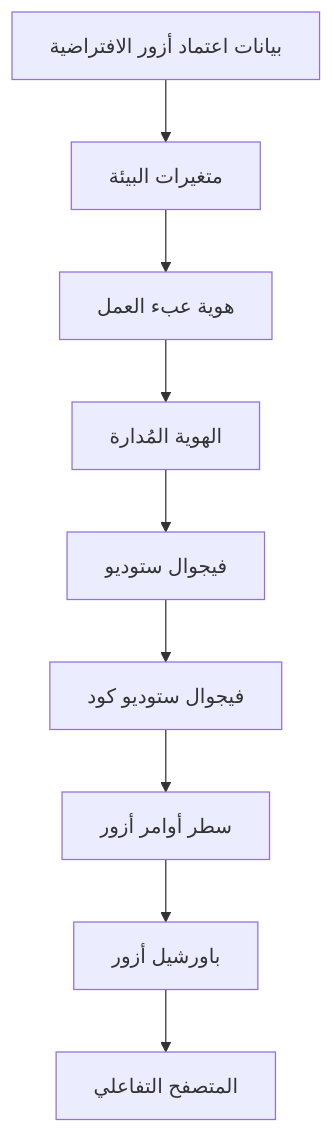
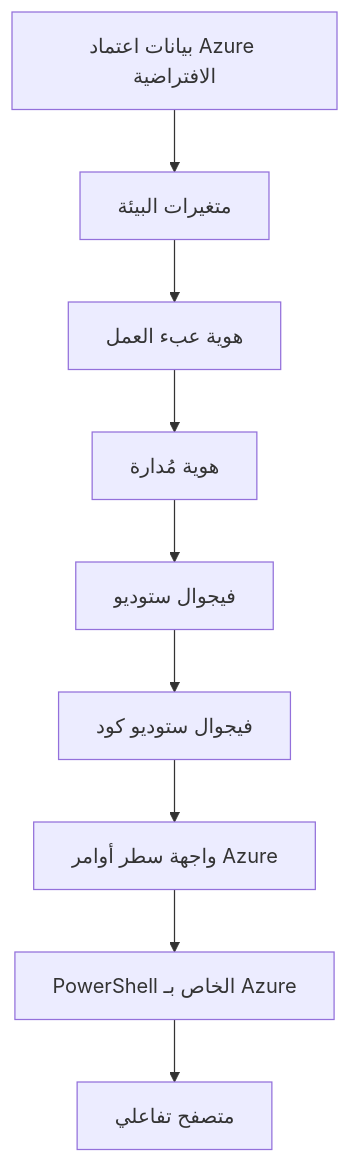
Before and after one commit to microsoft/AZD-for-beginners: the second of 2 diagrams in translations/ar/docs/chapter-01-foundation/azd-basics.md, drawn with Mermaid. The commit also changed other lines of this file and 104 other files, not shown here.

````diff
--- a/translations/ar/docs/chapter-01-foundation/azd-basics.md
+++ b/translations/ar/docs/chapter-01-foundation/azd-basics.md
@@ -591,11 +608,11 @@
 ```mermaid
 graph TD
-    A[بيانات اعتماد أزور الافتراضية] --> B[متغيرات البيئة]
+    A[بيانات اعتماد Azure الافتراضية] --> B[متغيرات البيئة]
     B --> C[هوية عبء العمل]
-    C --> D[الهوية المُدارة]
+    C --> D[هوية مُدارة]
     D --> E[فيجوال ستوديو]
     E --> F[فيجوال ستوديو كود]
-    F --> G[سطر أوامر أزور]
-    G --> H[باورشيل أزور]
-    H --> I[المتصفح التفاعلي]
+    F --> G[واجهة سطر أوامر Azure]
+    G --> H[PowerShell الخاص بـ Azure]
+    H --> I[متصفح تفاعلي]
 ```
````
